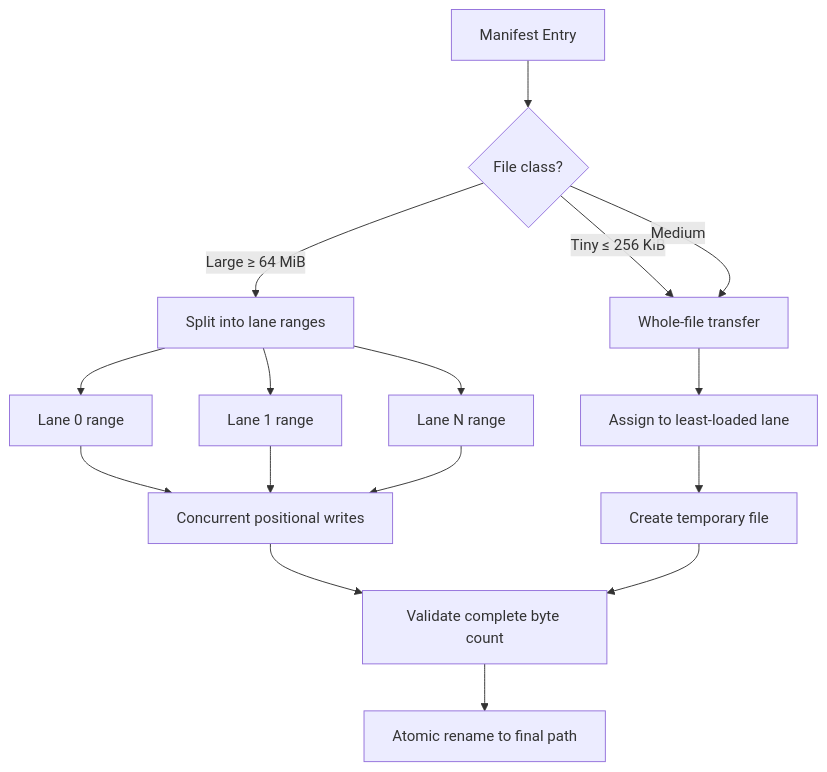
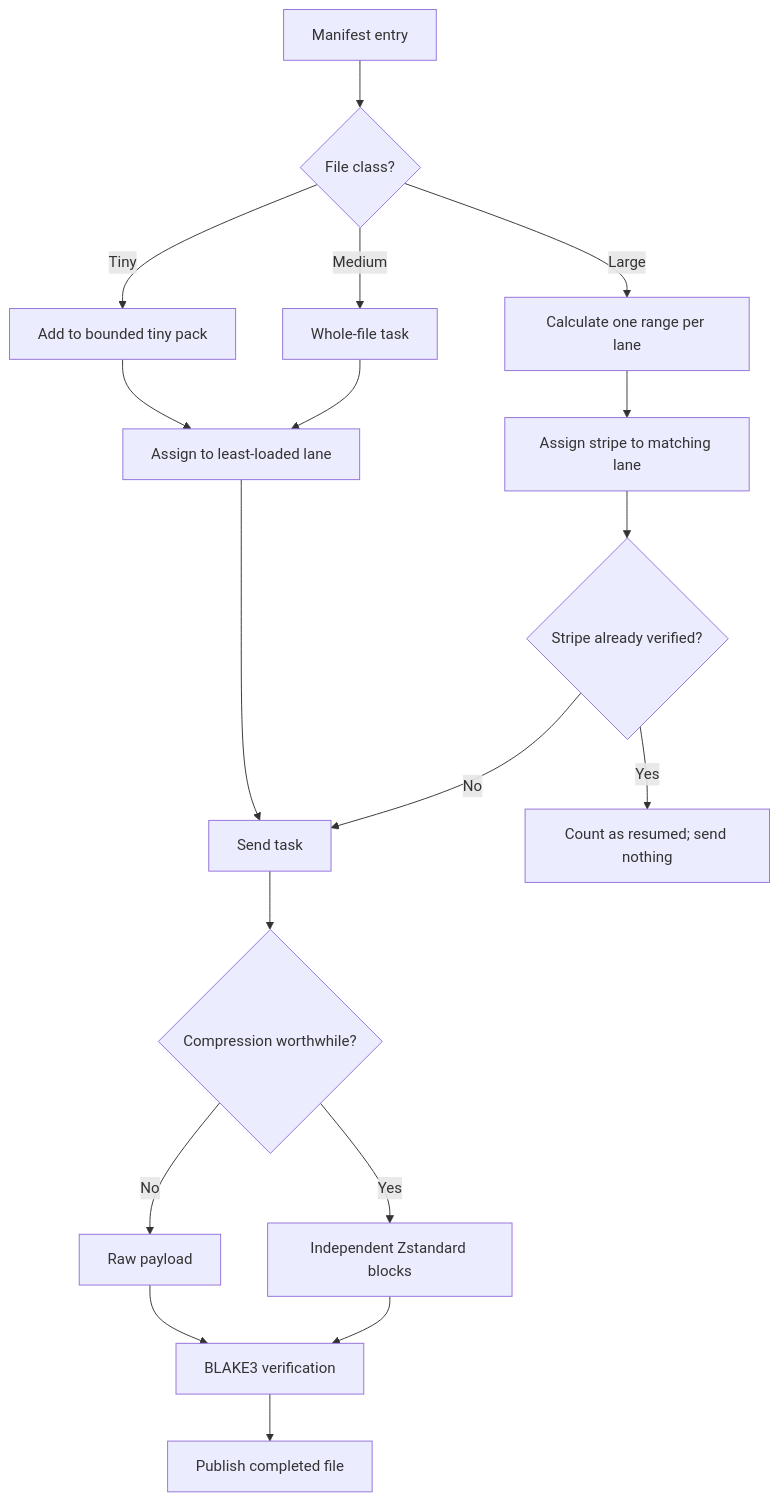
Before and after one commit to Nemeth-Tamas/networkcopy-speed: the second of 3 diagrams in README.md, drawn with Mermaid. The commit also changed other lines of this file, not shown here.

Commit message:
docs: update project status and architecture

````diff
--- a/README.md
+++ b/README.md
@@ -165,23 +308,26 @@
 ```mermaid
 flowchart TD
-    FILE["Manifest Entry"] --> SIZE{"File class?"}
+    ENTRY["Manifest entry"] --> CLASS{"File class?"}
 
-    SIZE -->|"Tiny ≤ 256 KiB"| WHOLE["Whole-file transfer"]
-    SIZE -->|"Medium"| WHOLE
-    SIZE -->|"Large ≥ 64 MiB"| STRIPE["Split into lane ranges"]
+    CLASS -->|"Tiny"| PACK["Add to bounded tiny pack"]
+    CLASS -->|"Medium"| WHOLE["Whole-file task"]
+    CLASS -->|"Large"| STRIPE["Calculate one range per lane"]
 
-    WHOLE --> BALANCE["Assign to least-loaded lane"]
+    PACK --> BALANCE["Assign to least-loaded lane"]
+    WHOLE --> BALANCE
+    STRIPE --> LANES["Assign stripe to matching lane"]
 
-    STRIPE --> L0["Lane 0 range"]
-    STRIPE --> L1["Lane 1 range"]
-    STRIPE --> LN["Lane N range"]
+    BALANCE --> SEND["Send task"]
+    LANES --> RESUME{"Stripe already verified?"}
 
-    BALANCE --> TEMP["Create temporary file"]
-    L0 --> POSITIONAL["Concurrent positional writes"]
-    L1 --> POSITIONAL
-    LN --> POSITIONAL
+    RESUME -->|"Yes"| SKIP["Count as resumed; send nothing"]
+    RESUME -->|"No"| SEND
 
-    POSITIONAL --> VERIFY["Validate complete byte count"]
-    TEMP --> VERIFY
-    VERIFY --> RENAME["Atomic rename to final path"]
+    SEND --> COMPRESS{"Compression worthwhile?"}
+    COMPRESS -->|"No"| RAW["Raw payload"]
+    COMPRESS -->|"Yes"| ZSTD["Independent Zstandard blocks"]
+
+    RAW --> HASH["BLAKE3 verification"]
+    ZSTD --> HASH
+    HASH --> PUBLISH["Publish completed file"]
 ```
````
